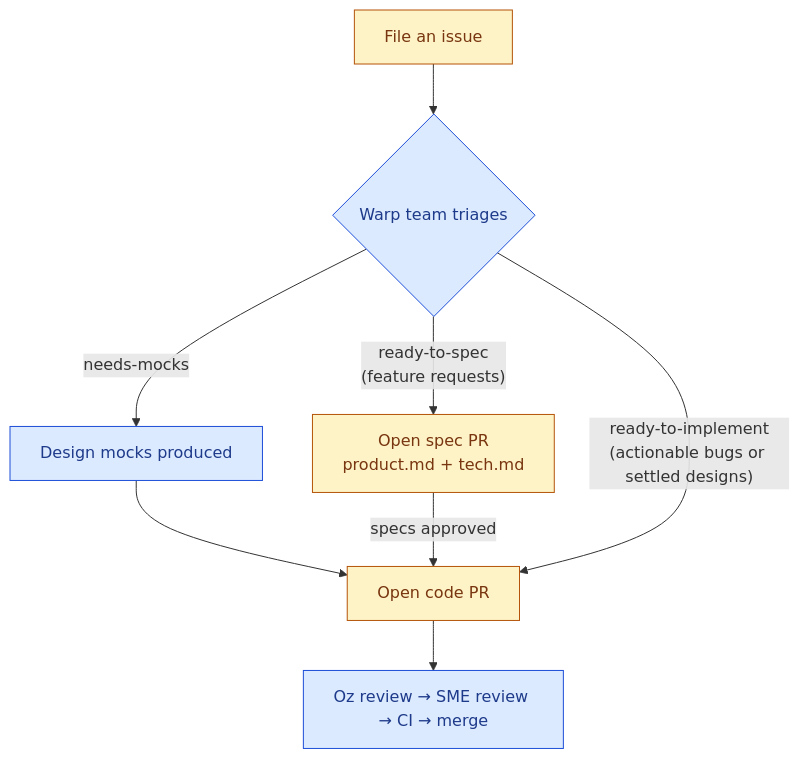
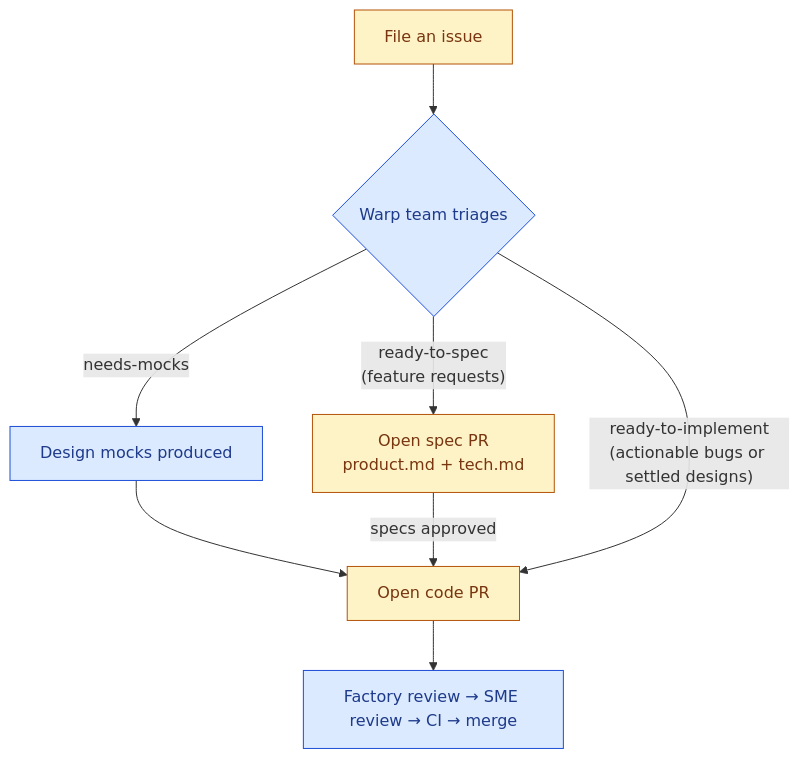
The diagram in CONTRIBUTING.md (warpdotdev/warp), drawn with Mermaid before and after one commit. The commit also changed other lines of this file and 1 other file, not shown here.

First line of the commit message:
Document the Warp for OSS factory in CONTRIBUTING and FAQ

````diff
--- a/CONTRIBUTING.md
+++ b/CONTRIBUTING.md
@@ -43,15 +45,15 @@
 ```mermaid
 flowchart TD
     A[File an issue] --> B{Warp team triages}
     B -- ready-to-spec<br/>(feature requests) --> C[Open spec PR<br/>product.md + tech.md]
     B -- needs-mocks --> D[Design mocks produced]
     D --> E[Open code PR]
     C -- specs approved --> E
     B -- ready-to-implement<br/>(actionable bugs or settled designs) --> E
-    E --> F[Oz review → SME review → CI → merge]
+    E --> F[Factory review → SME review → CI → merge]
 
     classDef contributor fill:#fef3c7,stroke:#b45309,color:#78350f;
     classDef warpTeam fill:#dbeafe,stroke:#1d4ed8,color:#1e3a8a;
     class A,C,E contributor;
     class B,D,F warpTeam;
 ```
````
